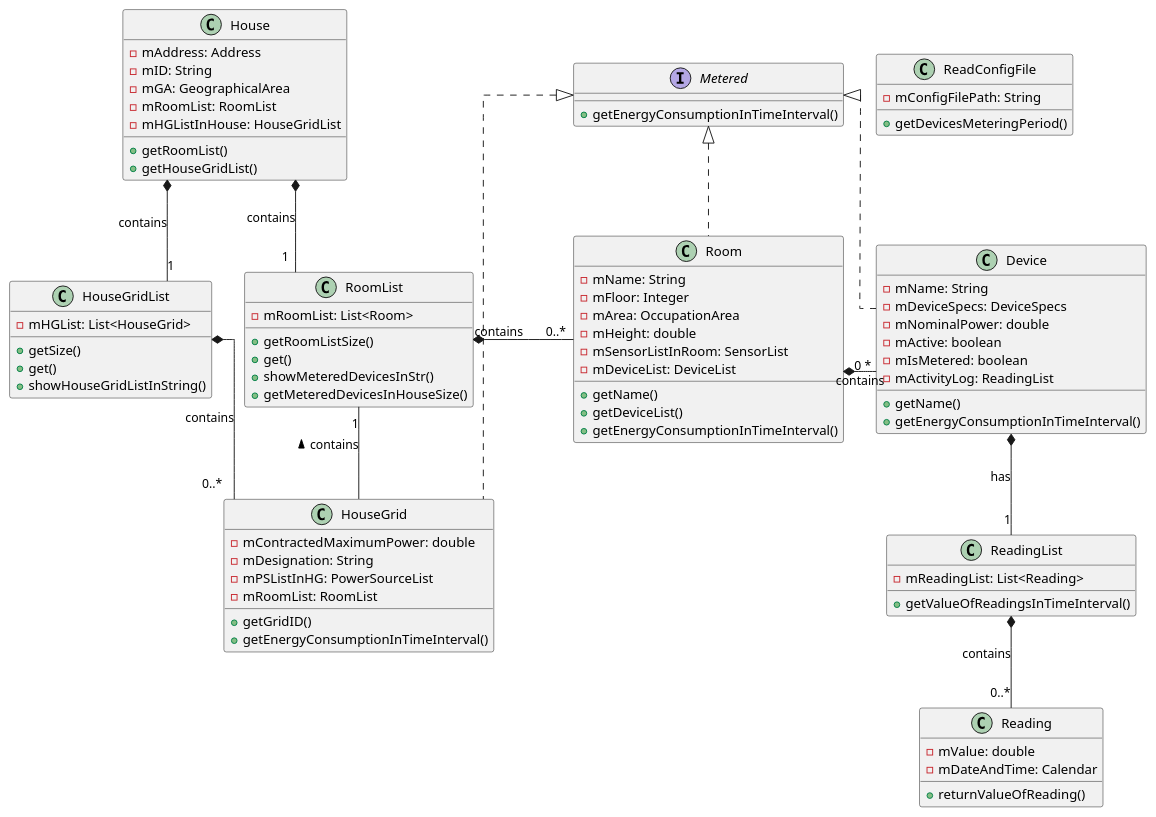
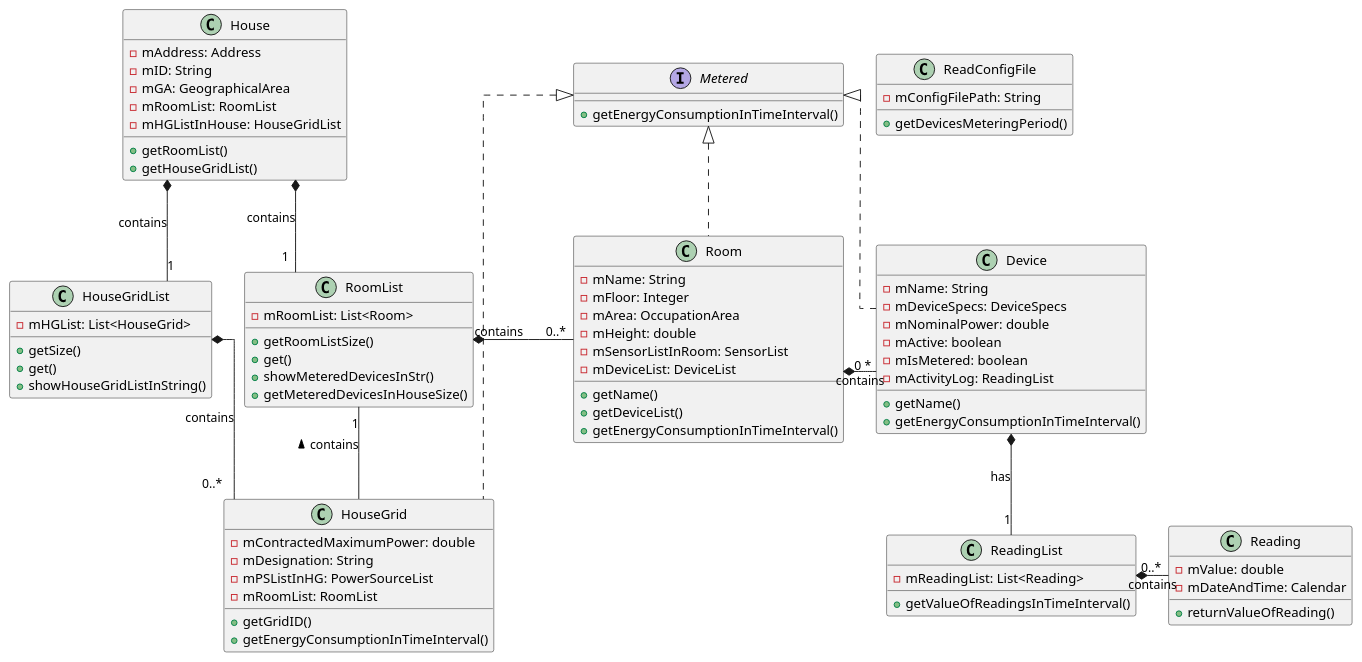
One commit to emanuel-pereira/hou changed the diagram in src/main/java/smarthome/uml/classdiagrams/GridEnergyConsumptionInPeriodClassDiagram.puml. Above: the diagram before and after it, drawn with PlantUML. The commit also changed 2 other files, not shown here.

Commit message:
Updated main UI bootstrap Device objects method to reset default date values after each activity log insertion; Diagrams updates;

```diff
--- a/src/main/java/smarthome/uml/classdiagrams/GridEnergyConsumptionInPeriodClassDiagram.puml
+++ b/src/main/java/smarthome/uml/classdiagrams/GridEnergyConsumptionInPeriodClassDiagram.puml
@@ -1,96 +1,96 @@
 @startuml
 skinparam linetype ortho
 
 
 
 class HouseGridList{
 - mHGList: List<HouseGrid>
 + getSize()
 + get()
 + showHouseGridListInString()
 }
 class HouseGrid{
 - mContractedMaximumPower: double
 - mDesignation: String
 - mPSListInHG: PowerSourceList
 - mRoomList: RoomList
 + getGridID()
 + getEnergyConsumptionInTimeInterval()
 }
 
 
 
 class Device{
 - mName: String
 - mDeviceSpecs: DeviceSpecs
 - mNominalPower: double
 - mActive: boolean
 - mIsMetered: boolean
 - mActivityLog: ReadingList
 + getName()
 + getEnergyConsumptionInTimeInterval()
 }
 
 class RoomList{
 - mRoomList: List<Room>
 + getRoomListSize()
 + get()
 +showMeteredDevicesInStr()
 +getMeteredDevicesInHouseSize()
 }
 
 class ReadConfigFile{
 - mConfigFilePath: String
 + getDevicesMeteringPeriod()
 }
 
 class ReadingList{
 -mReadingList: List<Reading>
 +getValueOfReadingsInTimeInterval()
 }
 
 class Reading{
  -mValue: double
  -mDateAndTime: Calendar
  +returnValueOfReading()
 }
 class House{
 - mAddress: Address
 - mID: String
 - mGA: GeographicalArea
 - mRoomList: RoomList
 - mHGListInHouse: HouseGridList
 + getRoomList()
 + getHouseGridList()
 }
 
 class Room{
 - mName: String
 - mFloor: Integer
 - mArea: OccupationArea
 - mHeight: double
 - mSensorListInRoom: SensorList
 - mDeviceList: DeviceList
 + getName()
 + getDeviceList()
 + getEnergyConsumptionInTimeInterval()
 }
 
 interface Metered{
 + getEnergyConsumptionInTimeInterval()
 }
 Metered <|.. HouseGrid
 Metered <|.. Room
 Metered <|.. Device
 
 
 House *-- "1" HouseGridList:  contains
 House *-- "1" RoomList: contains
 RoomList *- " 0..*"Room: contains
 HouseGridList *-- " 0..*"HouseGrid: contains
 HouseGrid -up- "1"RoomList: > contains
 Room *- " 0 *"Device: contains
 Device *-down- "1"ReadingList: has
-ReadingList *-- " 0..*"Reading: contains
+ReadingList *- " 0..*"Reading: contains
 
 @enduml
```
